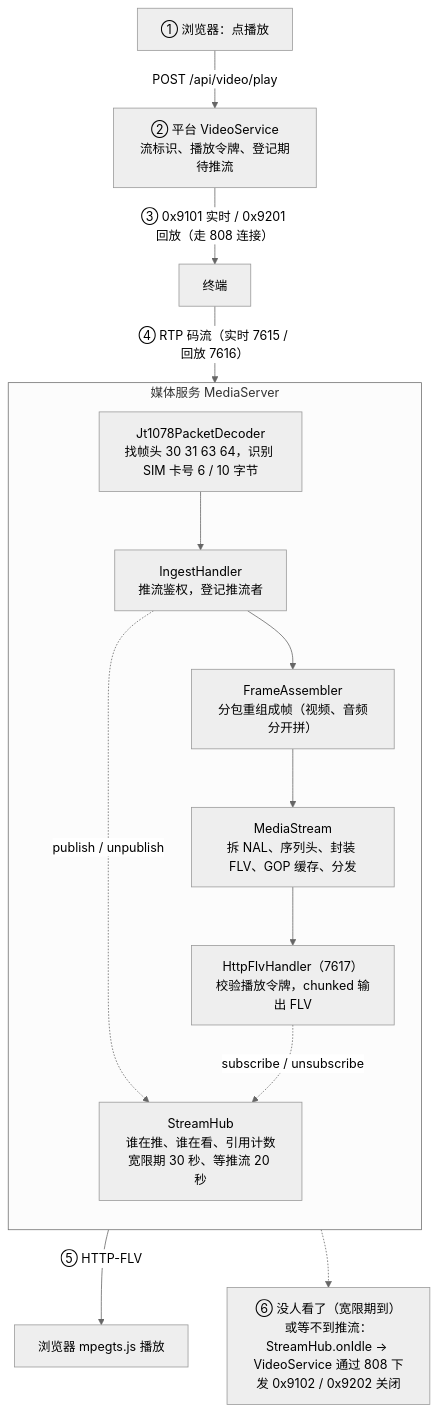
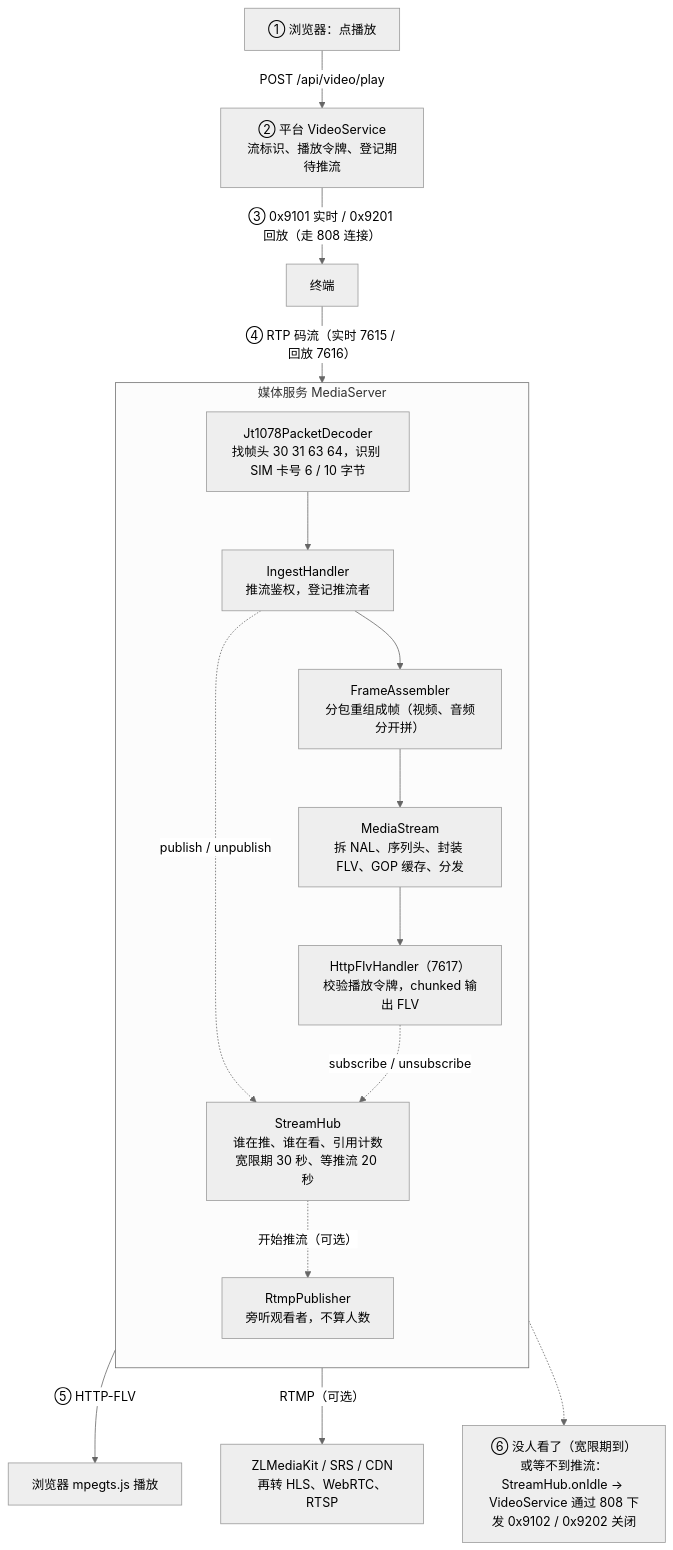
Before and after one commit to xiaowu-iot/iot-protocols: the fifth of 12 diagrams in README.md, drawn with Mermaid (neutral theme). The commit also changed other lines of this file and 10 other files, not shown here.

First line of the commit message:
1078：RTMP 转推（ZLMediaKit / SRS / CDN）

````diff
--- a/README.md
+++ b/README.md
@@ -204,19 +204,21 @@
 ```mermaid
 flowchart TB
     UI["① 浏览器：点播放"] -->|"POST /api/video/play"| VS["② 平台 VideoService<br/>流标识、播放令牌、登记期待推流"]
     VS -->|"③ 0x9101 实时 / 0x9201 回放（走 808 连接）"| T["终端"]
     T -->|"④ RTP 码流（实时 7615 / 回放 7616）"| PD
 
     subgraph MEDIA["媒体服务 MediaServer"]
         direction TB
         PD["Jt1078PacketDecoder<br/>找帧头 30 31 63 64，识别 SIM 卡号 6 / 10 字节"] --> IH["IngestHandler<br/>推流鉴权，登记推流者"]
         IH --> FA["FrameAssembler<br/>分包重组成帧（视频、音频分开拼）"]
         FA --> MS["MediaStream<br/>拆 NAL、序列头、封装 FLV、GOP 缓存、分发"]
         MS --> HTTP["HttpFlvHandler（7617）<br/>校验播放令牌，chunked 输出 FLV"]
         IH -.->|"publish / unpublish"| HUB["StreamHub<br/>谁在推、谁在看、引用计数<br/>宽限期 30 秒、等推流 20 秒"]
+        HUB -.->|"开始推流（可选）"| RTMP["RtmpPublisher<br/>旁听观看者，不算人数"]
         HTTP -.->|"subscribe / unsubscribe"| HUB
     end
 
     HTTP -->|"⑤ HTTP-FLV"| PL["浏览器 mpegts.js 播放"]
+    RTMP -->|"RTMP（可选）"| ZLM["ZLMediaKit / SRS / CDN<br/>再转 HLS、WebRTC、RTSP"]
     HUB -.-> IDLE["⑥ 没人看了（宽限期到）或等不到推流：<br/>StreamHub.onIdle → VideoService 通过 808 下发 0x9102 / 0x9202 关闭"]
 ```
````
